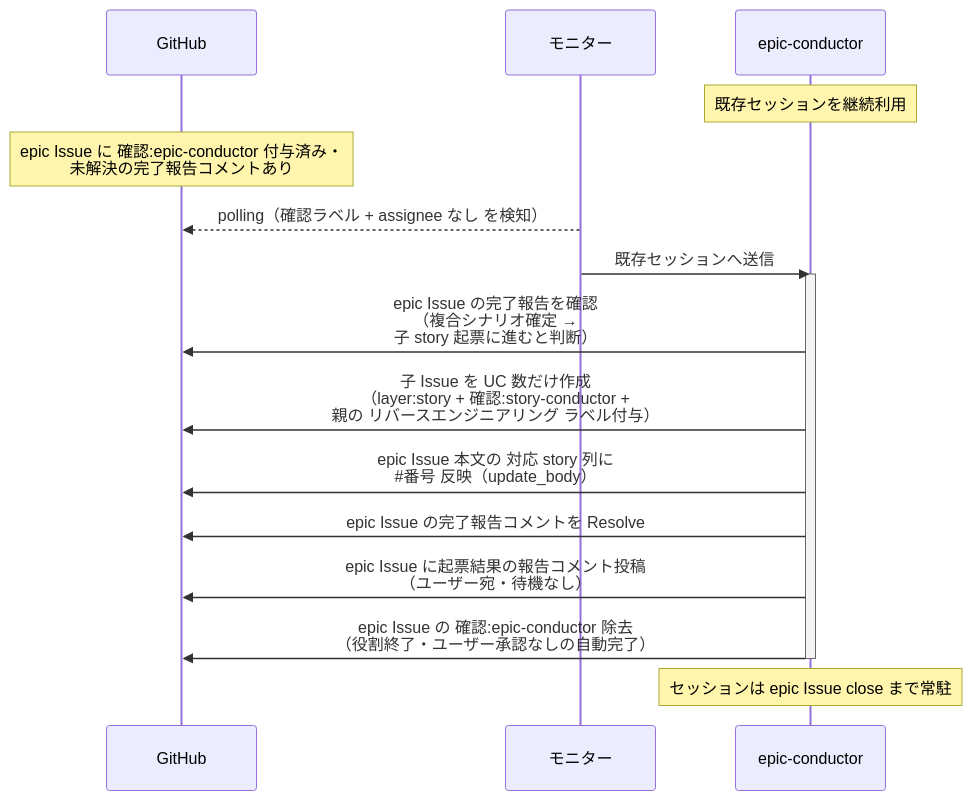
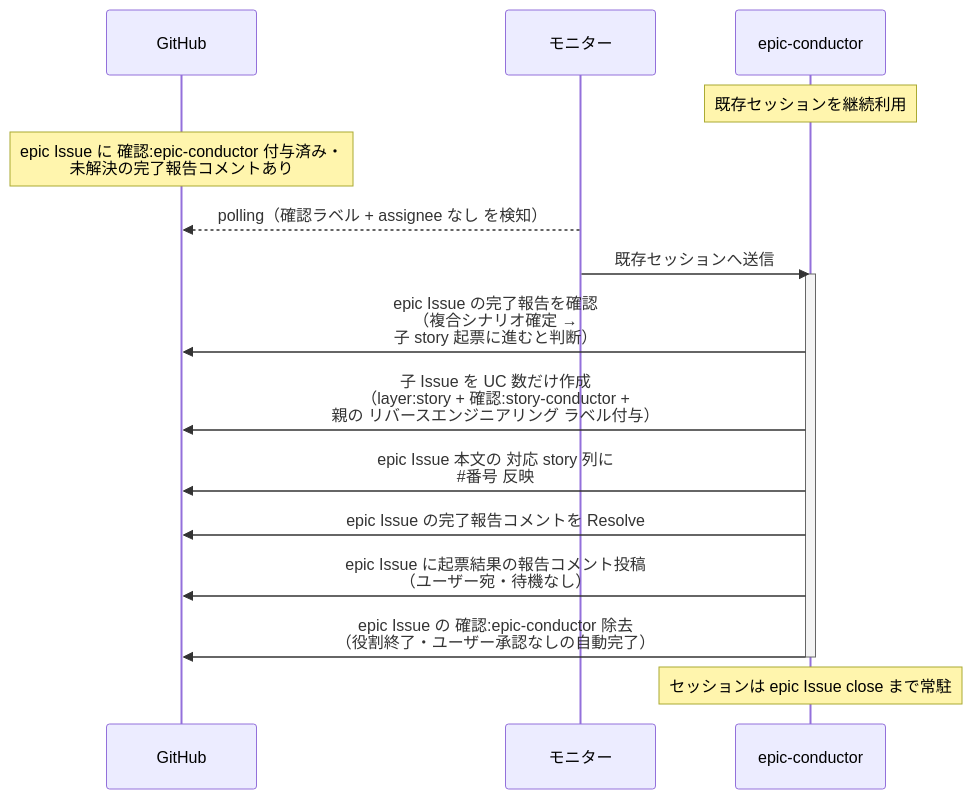
Before and after one commit to shuhei1101/ai-monitor: the diagram in docs/wiki/設計図/シナリオ/単一ユースケース/子story起票.md, drawn with Mermaid. The commit also changed 80 other files, not shown here.

````diff
--- a/docs/wiki/設計図/シナリオ/単一ユースケース/子story起票.md
+++ b/docs/wiki/設計図/シナリオ/単一ユースケース/子story起票.md
@@ -27,20 +27,20 @@
 ```mermaid
 sequenceDiagram
   participant GH as GitHub
   participant ORC as モニター
   participant MON as epic-conductor
 
   Note over MON: 既存セッションを継続利用
   Note over GH: epic Issue に 確認:epic-conductor 付与済み・<br>未解決の完了報告コメントあり
   ORC-->>GH: polling（確認ラベル + assignee なし を検知）
   ORC->>MON: 既存セッションへ送信
   activate MON
   MON->>GH: epic Issue の完了報告を確認<br>（複合シナリオ確定 →<br>子 story 起票に進むと判断）
   MON->>GH: 子 Issue を UC 数だけ作成<br>（layer:story + 確認:story-conductor +<br>親の リバースエンジニアリング ラベル付与）
-  MON->>GH: epic Issue 本文の 対応 story 列に<br>#35;番号 反映（update_body）
+  MON->>GH: epic Issue 本文の 対応 story 列に<br>#35;番号 反映
   MON->>GH: epic Issue の完了報告コメントを Resolve
   MON->>GH: epic Issue に起票結果の報告コメント投稿<br>（ユーザー宛・待機なし）
   MON->>GH: epic Issue の 確認:epic-conductor 除去<br>（役割終了・ユーザー承認なしの自動完了）
   deactivate MON
   Note over MON: セッションは epic Issue close まで常駐
 ```
````
